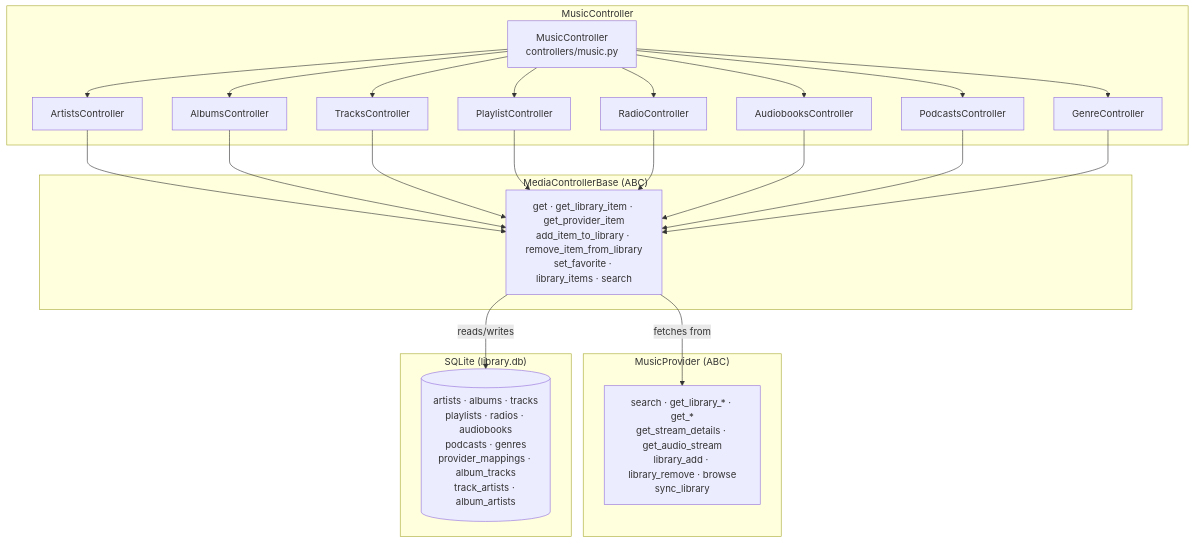
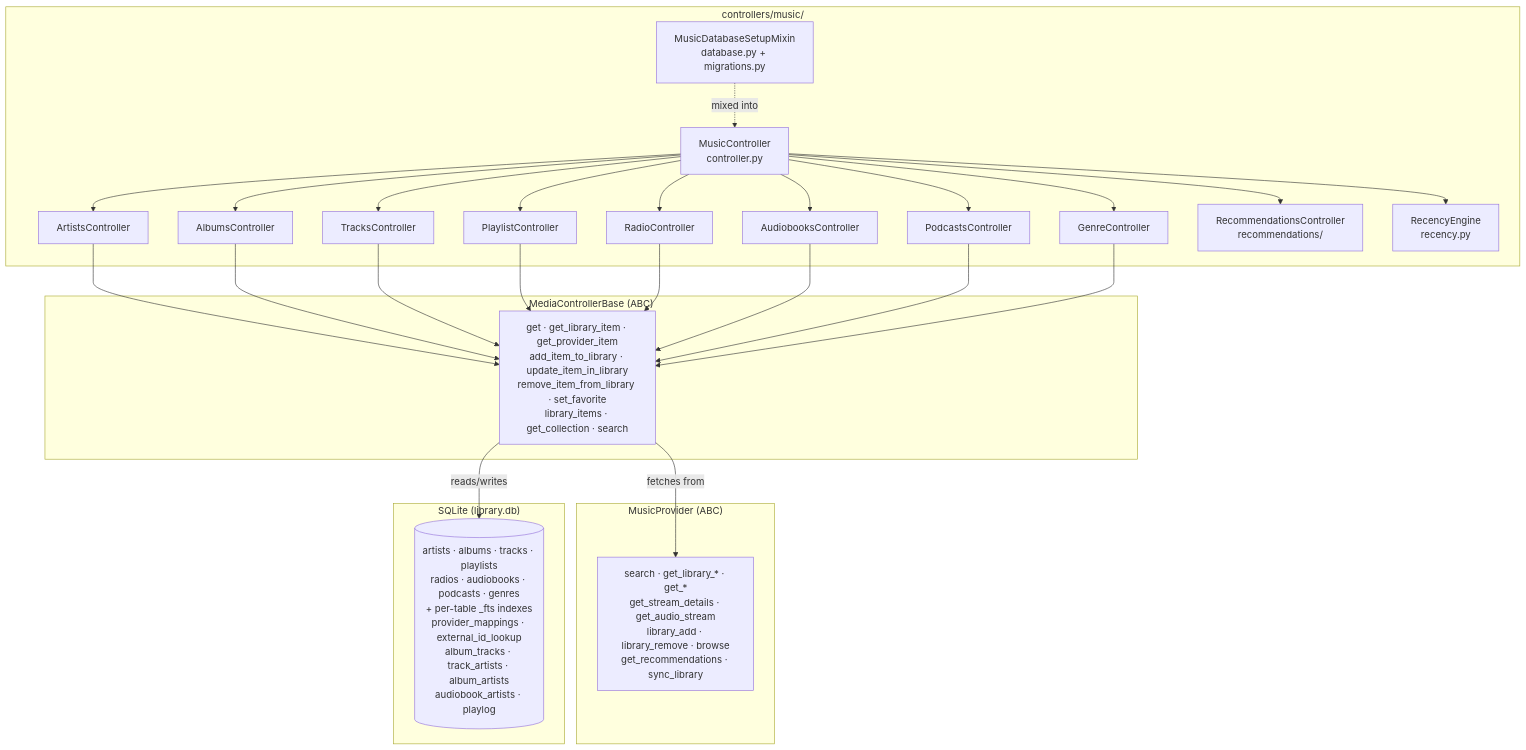
Before and after one commit to theturtle32/music-assistant-server: the first of 2 diagrams in docs/architecture/08-media-library.md, drawn with Mermaid. The commit also changed other lines of this file and 3 other files, not shown here.

First line of the commit message:
docs(architecture): media library refresh for the music package, search and recommendations

````diff
--- a/docs/architecture/08-media-library.md
+++ b/docs/architecture/08-media-library.md
@@ -7,32 +7,36 @@
 ```mermaid
 graph TB
-    subgraph MusicController
-        MC[MusicController<br/>controllers/music.py]
+    subgraph "controllers/music/"
+        MC[MusicController<br/>controller.py]
+        DBMix[MusicDatabaseSetupMixin<br/>database.py + migrations.py]
         MC --> Artists[ArtistsController]
         MC --> Albums[AlbumsController]
         MC --> Tracks[TracksController]
         MC --> Playlists[PlaylistController]
         MC --> Radio[RadioController]
         MC --> Audiobooks[AudiobooksController]
         MC --> Podcasts[PodcastsController]
         MC --> Genres[GenreController]
+        MC --> Recs[RecommendationsController<br/>recommendations/]
+        MC --> Recency[RecencyEngine<br/>recency.py]
+        DBMix -. "mixed into" .-> MC
     end
 
     subgraph "MediaControllerBase (ABC)"
-        Base[get · get_library_item · get_provider_item<br/>add_item_to_library · remove_item_from_library<br/>set_favorite · library_items · search]
+        Base[get · get_library_item · get_provider_item<br/>add_item_to_library · update_item_in_library<br/>remove_item_from_library · set_favorite<br/>library_items · get_collection · search]
     end
 
     Artists & Albums & Tracks & Playlists & Radio & Audiobooks & Podcasts & Genres --> Base
 
     subgraph "MusicProvider (ABC)"
-        MP[search · get_library_* · get_*<br/>get_stream_details · get_audio_stream<br/>library_add · library_remove · browse<br/>sync_library]
+        MP[search · get_library_* · get_*<br/>get_stream_details · get_audio_stream<br/>library_add · library_remove · browse<br/>get_recommendations · sync_library]
     end
 
     Base -- "fetches from" --> MP
 
     subgraph "SQLite (library.db)"
-        DB[(artists · albums · tracks<br/>playlists · radios · audiobooks<br/>podcasts · genres<br/>provider_mappings · album_tracks<br/>track_artists · album_artists)]
+        DB[(artists · albums · tracks · playlists<br/>radios · audiobooks · podcasts · genres<br/>+ per-table _fts indexes<br/>provider_mappings · external_id_lookup<br/>album_tracks · track_artists · album_artists<br/>audiobook_artists · playlog)]
     end
 
     Base -- "reads/writes" --> DB
 ```
````
